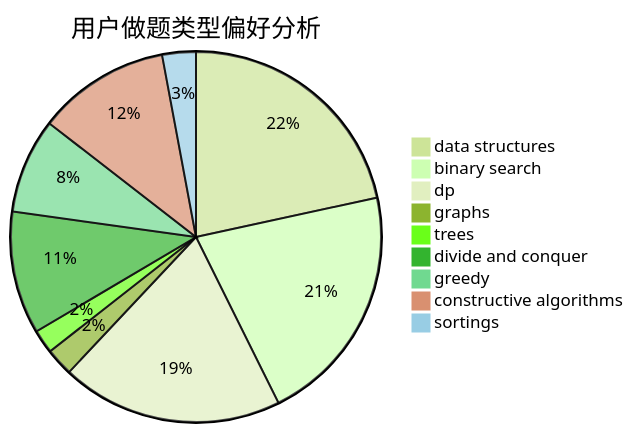
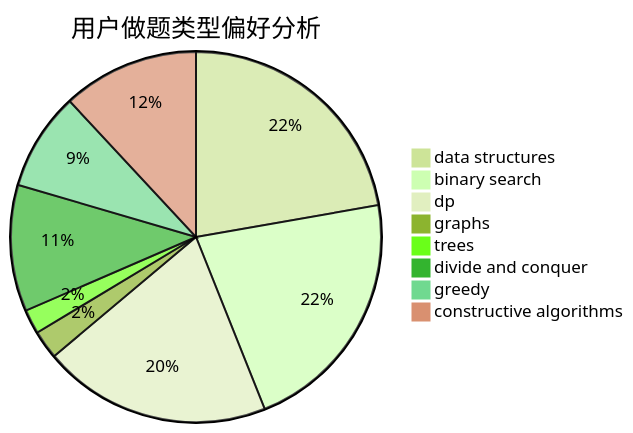
The second of 3 diagrams in docs/user/u1622.md (sherpahu/cfrs.github.io), drawn with Mermaid (forest theme) before and after one commit. The commit also changed other lines of this file and 2769 other files, not shown here.

````diff
--- a/docs/user/u1622.md
+++ b/docs/user/u1622.md
@@ -18,12 +18,11 @@
 ```mermaid
 pie title 用户做题类型偏好分析
     "data structures" :  125
     "binary search" :  122
     "dp" :  112
     "graphs" :  14
     "trees" :  12
     "divide and conquer" :  62
     "greedy" :  48
     "constructive algorithms" :  67
-    "sortings" :  17
 ```
````
